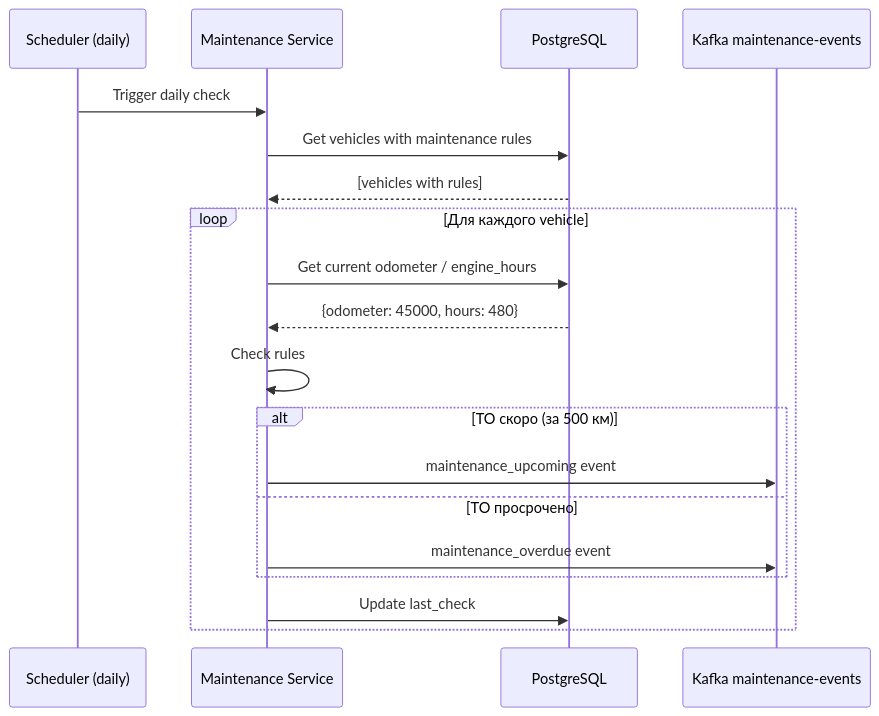
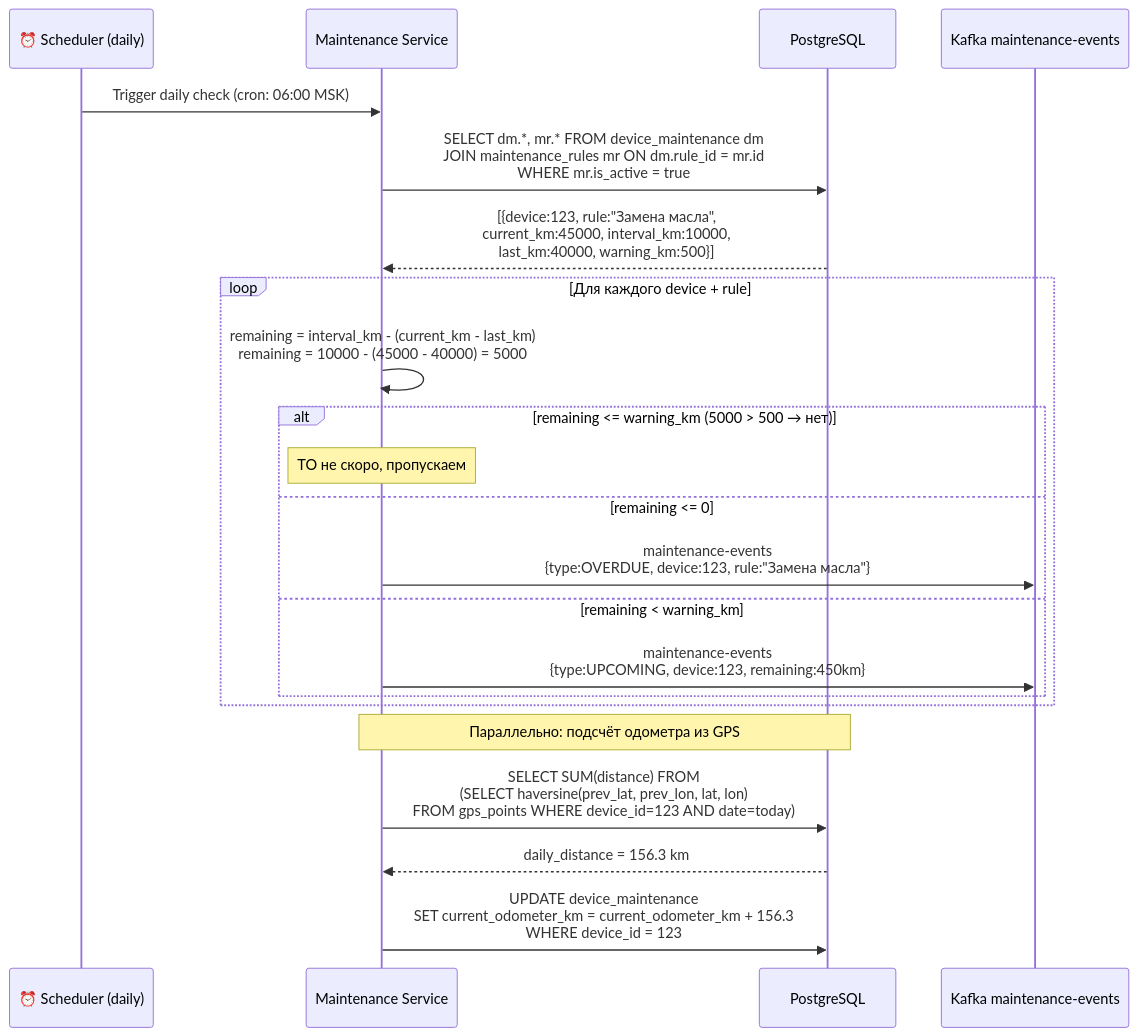
One commit to revarewerd/wayrecall-tracker-system changed diagram 20 of 28 in docs/blocks/ARCHITECTURE_BLOCK2.md. Above: the diagram before and after it, drawn with Mermaid. The commit also changed other lines of this file and 544 other files, not shown here.

````diff
--- a/docs/blocks/ARCHITECTURE_BLOCK2.md
+++ b/docs/blocks/ARCHITECTURE_BLOCK2.md
@@ -1022,26 +1065,30 @@
 ```mermaid
 sequenceDiagram
-    participant S as Scheduler (daily)
+    participant Sch as ⏰ Scheduler (daily)
     participant MS as Maintenance Service
     participant DB as PostgreSQL
-    participant K as Kafka maintenance-events
+    participant KE as Kafka maintenance-events
 
-    S->>MS: Trigger daily check
-    MS->>DB: Get vehicles with maintenance rules
-    DB-->>MS: [vehicles with rules]
+    Sch->>MS: Trigger daily check (cron: 06:00 MSK)
     
-    loop Для каждого vehicle
-        MS->>DB: Get current odometer / engine_hours
-        DB-->>MS: {odometer: 45000, hours: 480}
-        
-        MS->>MS: Check rules
-        
-        alt ТО скоро (за 500 км)
-            MS->>K: maintenance_upcoming event
-        else ТО просрочено
-            MS->>K: maintenance_overdue event
+    MS->>DB: SELECT dm.*, mr.* FROM device_maintenance dm<br/>JOIN maintenance_rules mr ON dm.rule_id = mr.id<br/>WHERE mr.is_active = true
+    DB-->>MS: [{device:123, rule:"Замена масла",<br/>current_km:45000, interval_km:10000,<br/>last_km:40000, warning_km:500}]
+
+    loop Для каждого device + rule
+        MS->>MS: remaining = interval_km - (current_km - last_km)<br/>remaining = 10000 - (45000 - 40000) = 5000
+
+        alt remaining <= warning_km (5000 > 500 → нет)
+            Note over MS: ТО не скоро, пропускаем
+        else remaining <= 0
+            MS->>KE: maintenance-events<br/>{type:OVERDUE, device:123, rule:"Замена масла"}
+        else remaining < warning_km
+            MS->>KE: maintenance-events<br/>{type:UPCOMING, device:123, remaining:450km}
         end
-        
-        MS->>DB: Update last_check
     end
+
+    Note over MS,DB: Параллельно: подсчёт одометра из GPS
+
+    MS->>DB: SELECT SUM(distance) FROM<br/>(SELECT haversine(prev_lat, prev_lon, lat, lon)<br/>FROM gps_points WHERE device_id=123 AND date=today)
+    DB-->>MS: daily_distance = 156.3 km
+    MS->>DB: UPDATE device_maintenance<br/>SET current_odometer_km = current_odometer_km + 156.3<br/>WHERE device_id = 123
 ```
````
